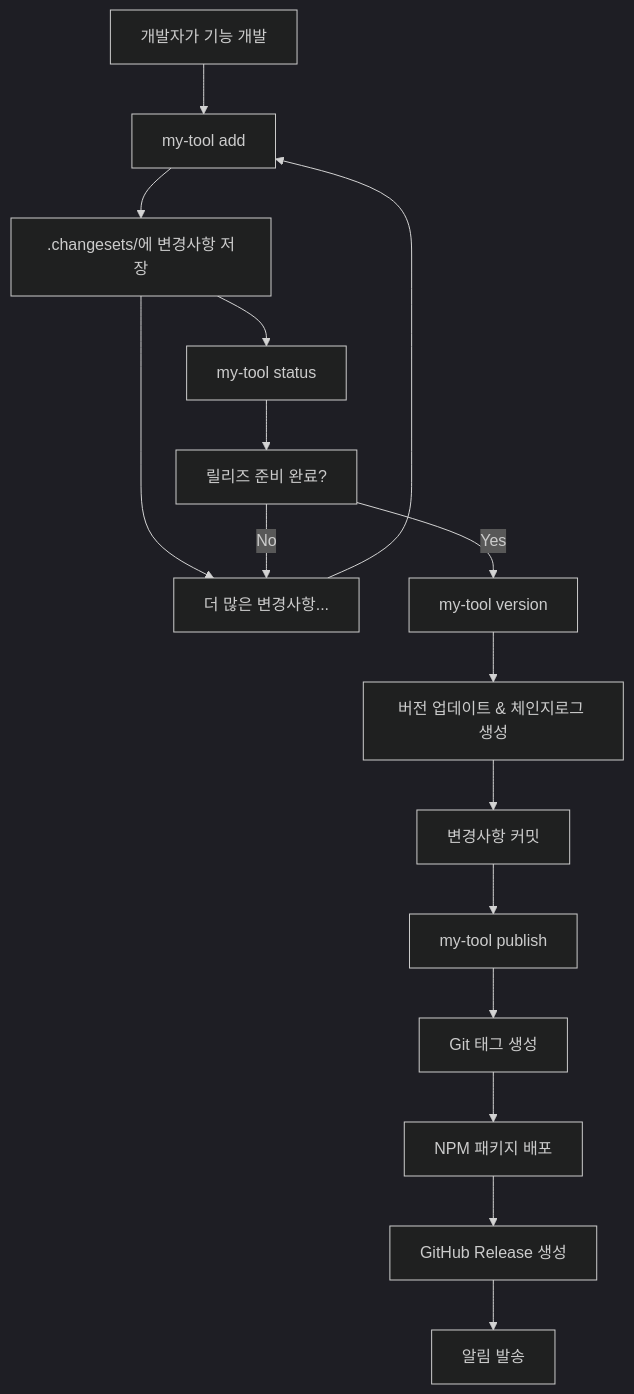
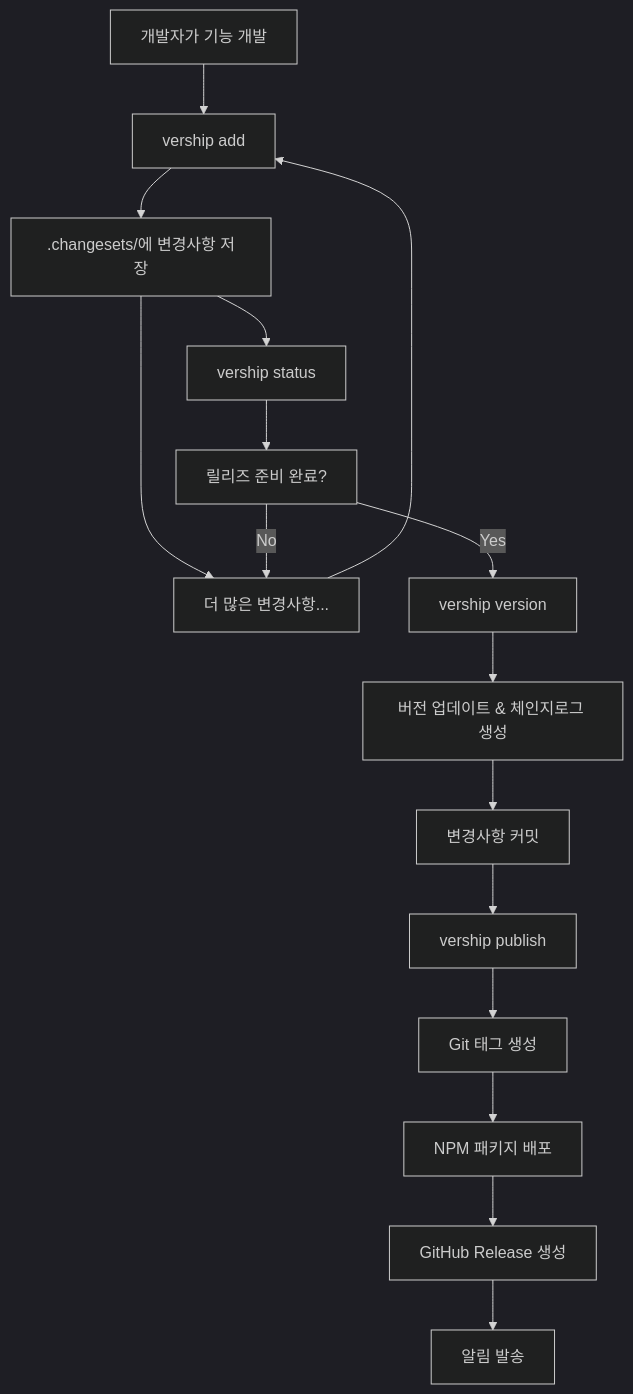
Before and after one commit to hafskjfha/VerShip: the diagram in docs/workflow.md, drawn with Mermaid (dark theme). The commit also changed other lines of this file, not shown here.

````diff
--- a/docs/workflow.md
+++ b/docs/workflow.md
@@ -5,18 +5,18 @@
 ```mermaid
 graph TD
-    A[개발자가 기능 개발] --> B[my-tool add]
+    A[개발자가 기능 개발] --> B[vership add]
     B --> C[.changesets/에 변경사항 저장]
     C --> D[더 많은 변경사항...]
     D --> B
-    C --> E[my-tool status]
+    C --> E[vership status]
     E --> F[릴리즈 준비 완료?]
-    F -->|Yes| G[my-tool version]
+    F -->|Yes| G[vership version]
     F -->|No| D
     G --> H[버전 업데이트 & 체인지로그 생성]
     H --> I[변경사항 커밋]
-    I --> J[my-tool publish]
+    I --> J[vership publish]
     J --> K[Git 태그 생성]
     K --> L[NPM 패키지 배포]
     L --> M[GitHub Release 생성]
     M --> N[알림 발송]
 ```
````
